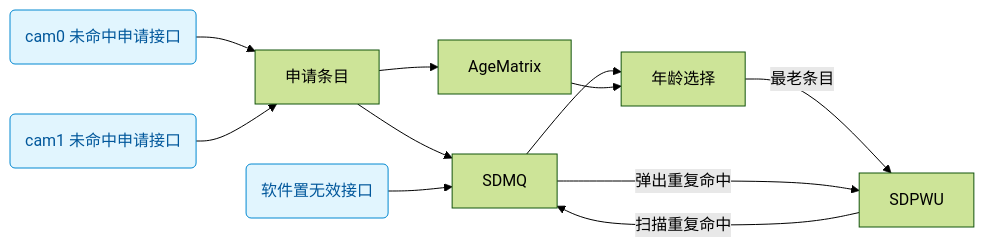
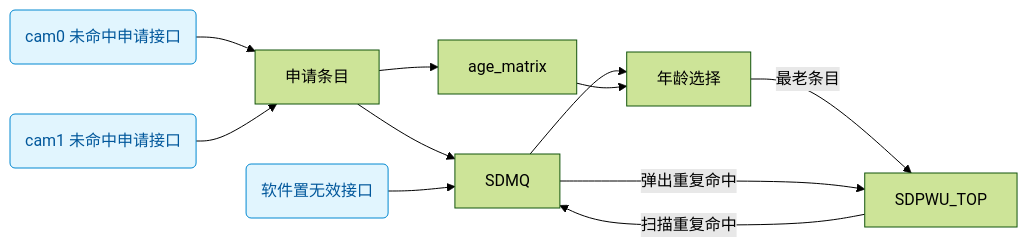
One commit to DuBirdFly/C1_SDecoder changed the seventh of 8 diagrams in doc/design_plan/SDecoder 设计方案 v1.0.md. Above: the diagram before and after it, drawn with Mermaid (forest theme). The commit also changed other lines of this file, not shown here.

First line of the commit message:
docs(design): SDPWU 拆为 SDPWU_TOP / SDPWU_CTRL / N 个 SDPWU, 未命中通路改为 6 步

````diff
--- a/doc/design_plan/SDecoder 设计方案 v1.0.md
+++ b/doc/design_plan/SDecoder 设计方案 v1.0.md
@@ -435,15 +453,15 @@
 ```mermaid
 flowchart LR
     IF0("cam0 未命中申请接口") --> ALLOC["申请条目"]
     IF1("cam1 未命中申请接口") --> ALLOC
     ALLOC --> ITEM["SDMQ"]
-    ALLOC --> AGE["AgeMatrix"]
+    ALLOC --> AGE["age_matrix"]
     INV("软件置无效接口") --> ITEM
     ITEM --> SEL["年龄选择"]
     AGE --> SEL
-    SEL -->|"最老条目"| OUT["SDPWU"]
+    SEL -->|"最老条目"| OUT["SDPWU_TOP"]
     OUT -->|"扫描重复命中"| ITEM
     ITEM -->|"弹出重复命中"| OUT
     classDef iface fill:#e1f5fe,stroke:#0288d1,color:#01579b
     class IF0,IF1,INV iface
 ```
````
